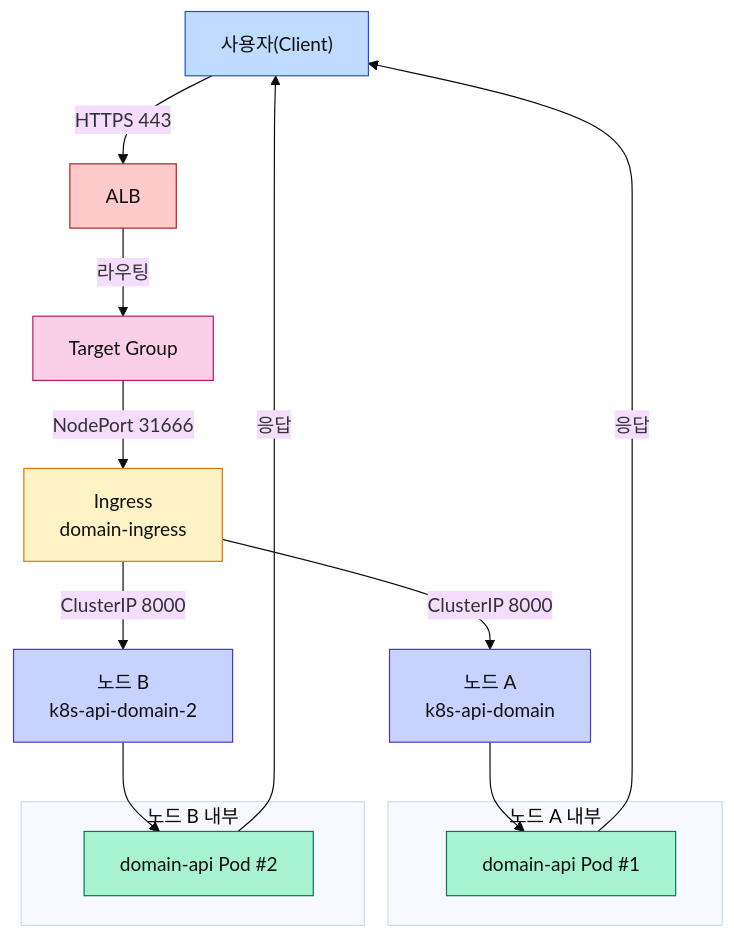
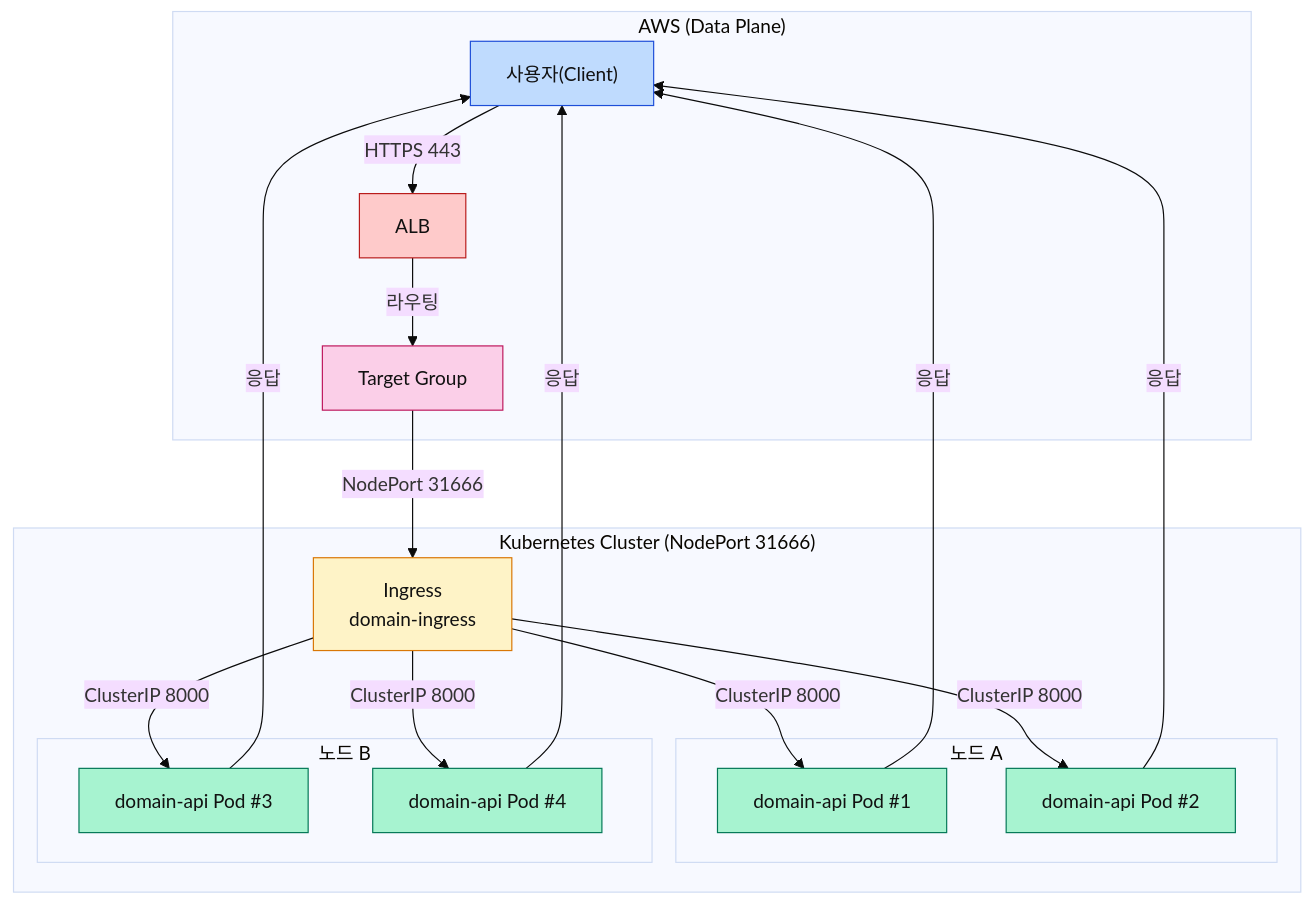
The second of 2 diagrams in docs/networking/alb-controller-flow.md (eco2-team/backend), drawn with Mermaid (base theme) before and after one commit. The commit also changed other lines of this file, not shown here.

Commit message:
docs(networking): clarify nodeport exposure

````diff
--- a/docs/networking/alb-controller-flow.md
+++ b/docs/networking/alb-controller-flow.md
@@ -50,29 +49,40 @@
 ```mermaid
 graph TD
-    Client["사용자(Client)"]:::client
-
-    Client -->|HTTPS 443| ALBData["ALB"]:::alb
-    ALBData -->|라우팅| TGData["Target Group"]:::tg
-    TGData -->|NodePort 31666| IngressData["Ingress<br/>domain-ingress"]:::ing
-    IngressData -->|ClusterIP 8000| Node1["노드 A<br/>k8s-api-domain"]:::node
-    IngressData -->|ClusterIP 8000| Node2["노드 B<br/>k8s-api-domain-2"]:::node
-
-    subgraph Node1Pods["노드 A 내부"]
-        Pod1["domain-api Pod #1"]:::pod
-    end
-    subgraph Node2Pods["노드 B 내부"]
-        Pod2["domain-api Pod #2"]:::pod
+    subgraph AWS["AWS (Data Plane)"]
+        Client["사용자(Client)"]:::client
+        ALBData["ALB"]:::alb
+        TGData["Target Group"]:::tg
     end
 
-    Node1 --> Pod1
-    Node2 --> Pod2
-    Pod1 -->|응답| Client
-    Pod2 -->|응답| Client
+    subgraph Cluster["Kubernetes Cluster (NodePort 31666)"]
+        IngressData["Ingress<br/>domain-ingress"]:::ing
+        subgraph NodeA["노드 A"]
+            PodA1["domain-api Pod #1"]:::pod
+            PodA2["domain-api Pod #2"]:::pod
+        end
+        subgraph NodeB["노드 B"]
+            PodB1["domain-api Pod #3"]:::pod
+            PodB2["domain-api Pod #4"]:::pod
+        end
+    end
+
+    Client -->|HTTPS 443| ALBData
+    ALBData -->|라우팅| TGData
+    TGData -->|NodePort 31666| IngressData
+    IngressData -->|ClusterIP 8000| PodA1
+    IngressData -->|ClusterIP 8000| PodA2
+    IngressData -->|ClusterIP 8000| PodB1
+    IngressData -->|ClusterIP 8000| PodB2
+
+    PodA1 -->|응답| Client
+    PodA2 -->|응답| Client
+    PodB1 -->|응답| Client
+    PodB2 -->|응답| Client
 
     classDef client fill:#BFDBFE,stroke:#1D4ED8,color:#111;
     classDef alb fill:#FECACA,stroke:#B91C1C,color:#111;
     classDef tg fill:#FBCFE8,stroke:#BE185D,color:#111;
     classDef ing fill:#FEF3C7,stroke:#D97706,color:#111;
     classDef node fill:#C7D2FE,stroke:#4338CA,color:#111;
     classDef pod fill:#A7F3D0,stroke:#047857,color:#111;
 ```
````
